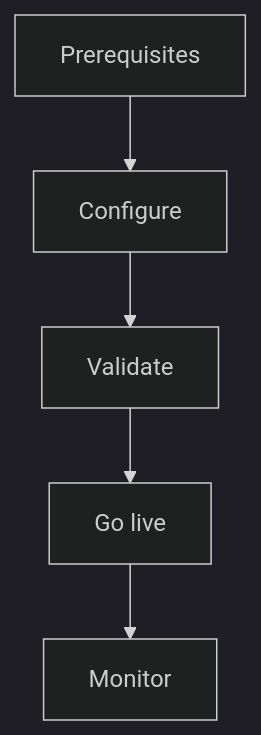
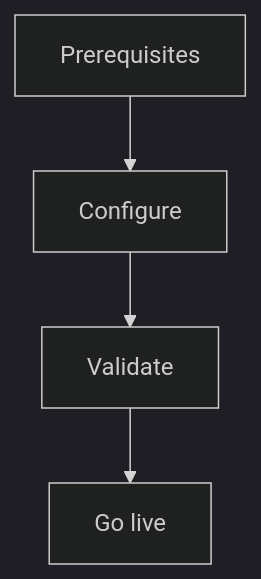
The diagram in docs/guides/build-ai-customer-support.mdx (qefro-ai/qefro-documentation), drawn with Mermaid (dark theme) before and after one commit. The commit also changed other lines of this file and 46 other files, not shown here.

````diff
--- a/docs/guides/build-ai-customer-support.mdx
+++ b/docs/guides/build-ai-customer-support.mdx
@@ -37,7 +34,6 @@
 ```mermaid
 flowchart TD
   A[Prerequisites] --> B[Configure]
   B --> C[Validate]
   C --> D[Go live]
-  D --> E[Monitor]
 ```
````
